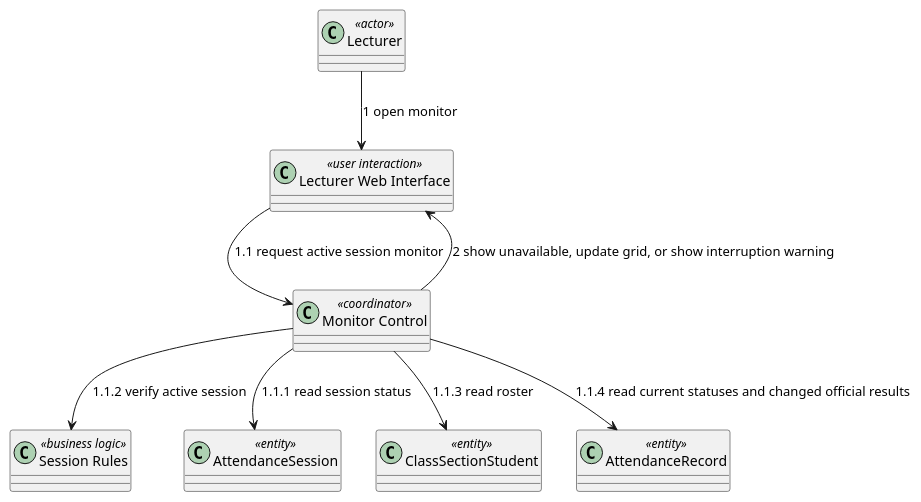
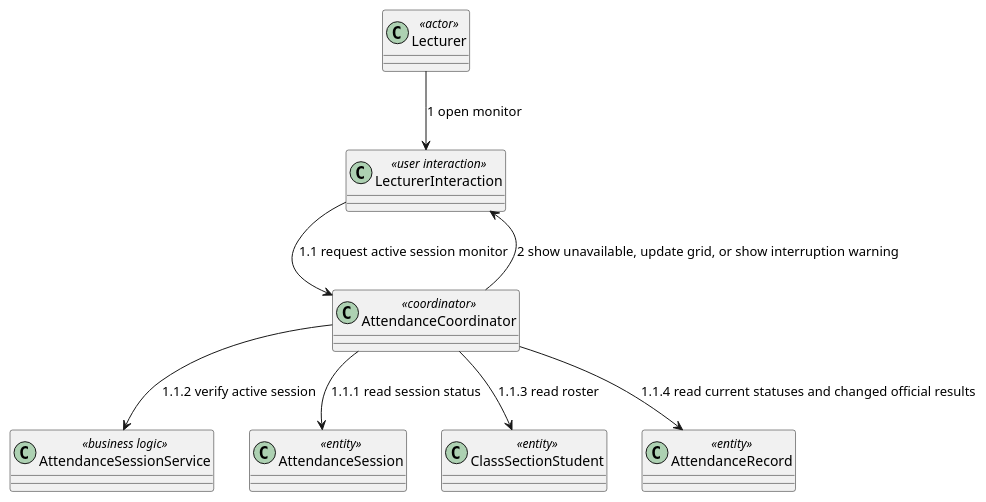
One commit to nttung42/SWD392 changed diagram 18 of 29 in docs/sds/2_Analysis.md. Above: the diagram before and after it, drawn with PlantUML. The commit also changed other lines of this file and 5 other files, not shown here.

````diff
--- a/docs/sds/2_Analysis.md
+++ b/docs/sds/2_Analysis.md
@@ -989,19 +968,19 @@
 ```plantuml
 @startuml
 class "Lecturer" as Lecturer <<actor>>
-class "Lecturer Web Interface" as LecturerUI <<user interaction>>
-class "Monitor Control" as MonitorControl <<coordinator>>
-class "Session Rules" as SessionRules <<business logic>>
+class "LecturerInteraction" as LecturerUI <<user interaction>>
+class "AttendanceCoordinator" as MonitorControl <<coordinator>>
+class "AttendanceSessionService" as SessionRules <<business logic>>
 class "AttendanceSession" as AttendanceSession <<entity>>
 class "ClassSectionStudent" as ClassSectionStudent <<entity>>
 class "AttendanceRecord" as AttendanceRecord <<entity>>
 
 Lecturer --> LecturerUI : 1 open monitor
 LecturerUI --> MonitorControl : 1.1 request active session monitor
 MonitorControl --> AttendanceSession : 1.1.1 read session status
 MonitorControl --> SessionRules : 1.1.2 verify active session
 MonitorControl --> ClassSectionStudent : 1.1.3 read roster
 MonitorControl --> AttendanceRecord : 1.1.4 read current statuses and changed official results
 MonitorControl --> LecturerUI : 2 show unavailable, update grid, or show interruption warning
 @enduml
 ```
````
